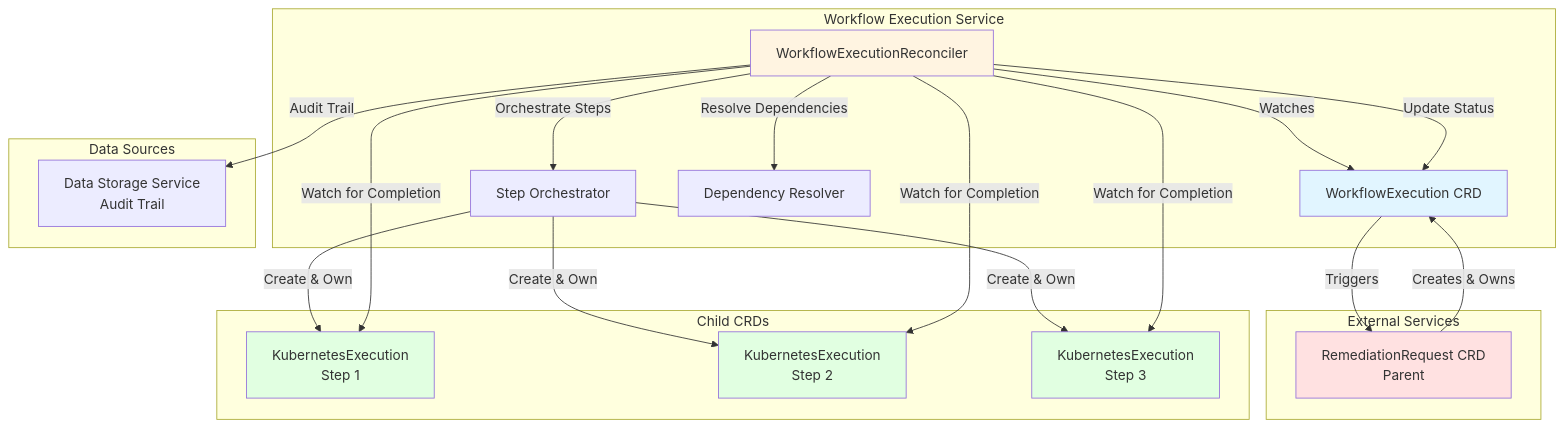
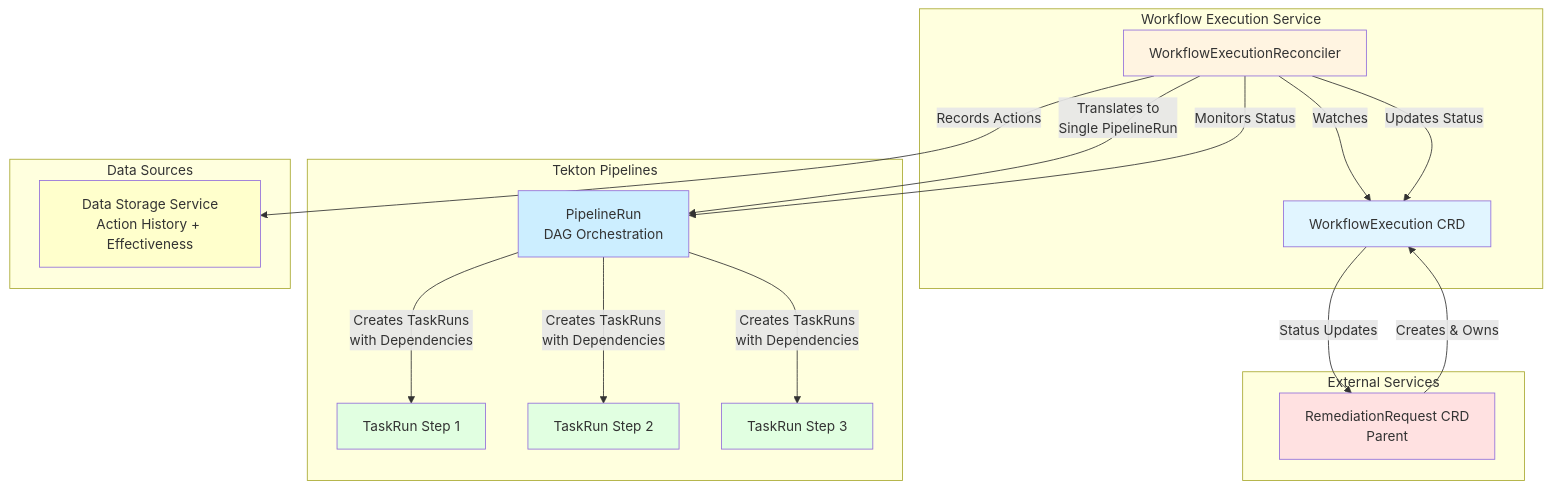
One commit to jordigilh/kubernaut changed the first of 3 diagrams in docs/services/crd-controllers/03-workflowexecution/overview.md. Above: the diagram before and after it, drawn with Mermaid. The commit also changed other lines of this file and 504 other files, not shown here.

````diff
--- a/docs/services/crd-controllers/03-workflowexecution/overview.md
+++ b/docs/services/crd-controllers/03-workflowexecution/overview.md
@@ -67,44 +98,42 @@
 ```mermaid
 graph TB
     subgraph "Workflow Execution Service"
         WE[WorkflowExecution CRD]
         Controller[WorkflowExecutionReconciler]
-        Orchestrator[Step Orchestrator]
-        DependencyGraph[Dependency Resolver]
     end
 
     subgraph "External Services"
         AR[RemediationRequest CRD<br/>Parent]
     end
 
-    subgraph "Child CRDs"
-        KE1[KubernetesExecution<br/>Step 1]
-        KE2[KubernetesExecution<br/>Step 2]
-        KE3[KubernetesExecution<br/>Step 3]
+    subgraph "Tekton Pipelines"
+        PR[PipelineRun<br/>DAG Orchestration]
+        TR1[TaskRun Step 1]
+        TR2[TaskRun Step 2]
+        TR3[TaskRun Step 3]
     end
 
     subgraph "Data Sources"
-        DB[Data Storage Service<br/>Audit Trail]
+        DB[Data Storage Service<br/>Action History + Effectiveness]
     end
 
     AR -->|Creates & Owns| WE
     Controller -->|Watches| WE
-    Controller -->|Resolve Dependencies| DependencyGraph
-    Controller -->|Orchestrate Steps| Orchestrator
-    Orchestrator -->|Create & Own| KE1
-    Orchestrator -->|Create & Own| KE2
-    Orchestrator -->|Create & Own| KE3
-    Controller -->|Watch for Completion| KE1
-    Controller -->|Watch for Completion| KE2
-    Controller -->|Watch for Completion| KE3
-    Controller -->|Update Status| WE
-    Controller -->|Audit Trail| DB
-    WE -->|Triggers| AR
+    Controller -->|Translates to<br/>Single PipelineRun| PR
+    PR -->|Creates TaskRuns<br/>with Dependencies| TR1
+    PR -->|Creates TaskRuns<br/>with Dependencies| TR2
+    PR -->|Creates TaskRuns<br/>with Dependencies| TR3
+    Controller -->|Monitors Status| PR
+    Controller -->|Updates Status| WE
+    Controller -->|Records Actions| DB
+    WE -->|Status Updates| AR
 
     style WE fill:#e1f5ff
     style Controller fill:#fff4e1
     style AR fill:#ffe1e1
-    style KE1 fill:#e1ffe1
-    style KE2 fill:#e1ffe1
-    style KE3 fill:#e1ffe1
+    style TR1 fill:#e1ffe1
+    style TR2 fill:#e1ffe1
+    style TR3 fill:#e1ffe1
+    style PR fill:#cceeff
+    style DB fill:#ffffcc
 ```
````
